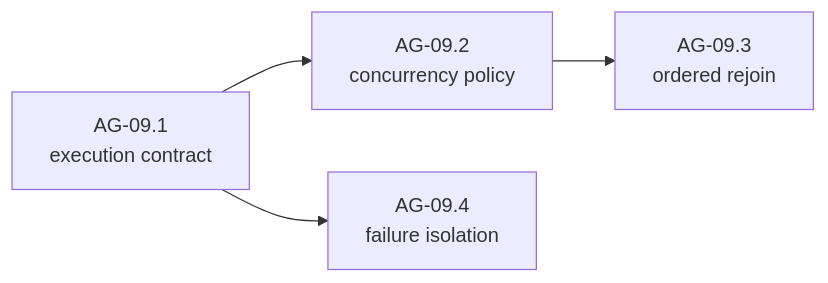
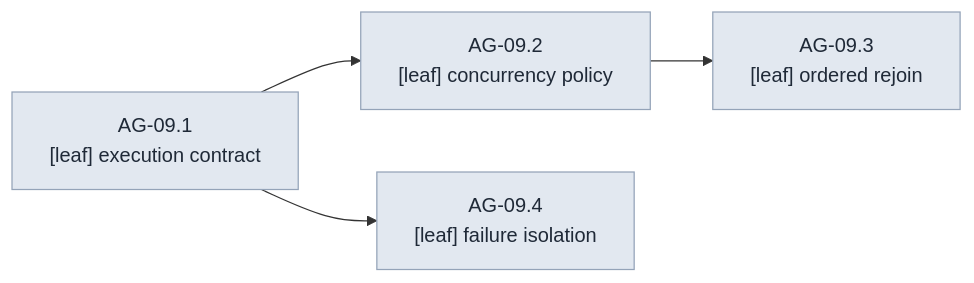
Before and after one commit to witsaba/cachicamas: diagram 11 of 28 in docs/architecture/milestones/0003-cachicamas-agent-layer-2-task-graph.md, drawn with Mermaid. The commit also changed other lines of this file and 3 other files, not shown here.

````diff
--- a/docs/architecture/milestones/0003-cachicamas-agent-layer-2-task-graph.md
+++ b/docs/architecture/milestones/0003-cachicamas-agent-layer-2-task-graph.md
@@ -467,6 +902,8 @@
 ```mermaid
 flowchart LR
-    F1["AG-09.1<br/>execution contract"] --> F2["AG-09.2<br/>concurrency policy"]
-    F2 --> F3["AG-09.3<br/>ordered rejoin"]
-    F1 --> F4["AG-09.4<br/>failure isolation"]
+    F1["AG-09.1<br/>[leaf] execution contract"] --> F2["AG-09.2<br/>[leaf] concurrency policy"]
+    F2 --> F3["AG-09.3<br/>[leaf] ordered rejoin"]
+    F1 --> F4["AG-09.4<br/>[leaf] failure isolation"]
+    classDef leaf fill:#e2e8f0,stroke:#94a3b8,color:#1f2937
+    class F1,F2,F3,F4 leaf
 ```
````
